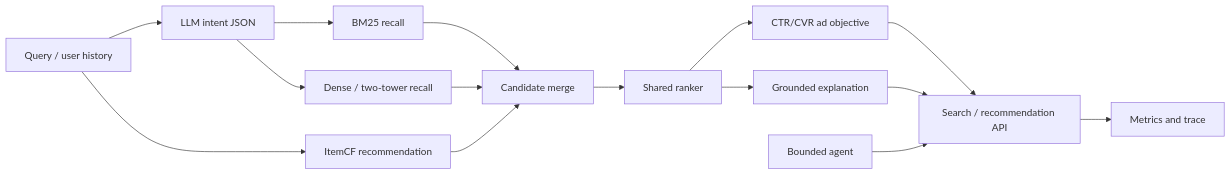
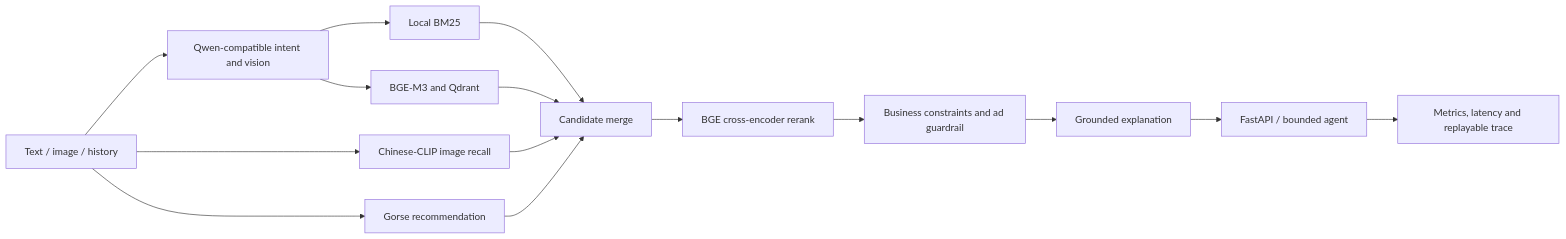
Before and after one commit to EffieWang01/Commerce-Intelligence-Platform: the diagram in docs/ARCHITECTURE.md, drawn with Mermaid. The commit also changed other lines of this file and 41 other files, not shown here.

````diff
--- a/docs/ARCHITECTURE.md
+++ b/docs/ARCHITECTURE.md
@@ -3,17 +3,17 @@
 ```mermaid
 flowchart LR
-    A[Query / user history] --> B[LLM intent JSON]
-    B --> C[BM25 recall]
-    B --> D[Dense / two-tower recall]
-    A --> E[ItemCF recommendation]
-    C --> F[Candidate merge]
-    D --> F
-    E --> F
-    F --> G[Shared ranker]
-    G --> H[CTR/CVR ad objective]
-    G --> I[Grounded explanation]
-    H --> J[Search / recommendation API]
-    I --> J
-    K[Bounded agent] --> J
-    J --> L[Metrics and trace]
+    A[Text / image / history] --> B[Qwen-compatible intent and vision]
+    B --> C[Local BM25]
+    B --> D[BGE-M3 and Qdrant]
+    A --> E[Chinese-CLIP image recall]
+    A --> F[Gorse recommendation]
+    C --> G[Candidate merge]
+    D --> G
+    E --> G
+    F --> G
+    G --> H[BGE cross-encoder rerank]
+    H --> I[Business constraints and ad guardrail]
+    I --> J[Grounded explanation]
+    J --> K[FastAPI / bounded agent]
+    K --> L[Metrics, latency and replayable trace]
 ```
````
